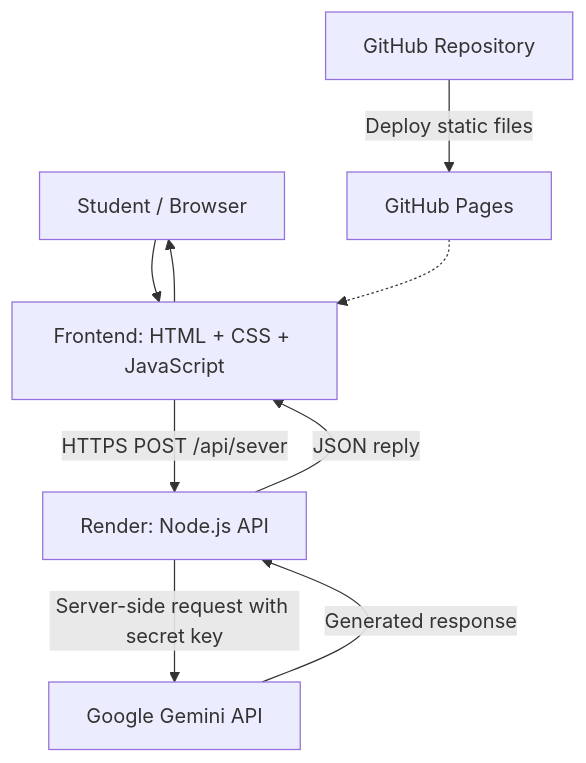
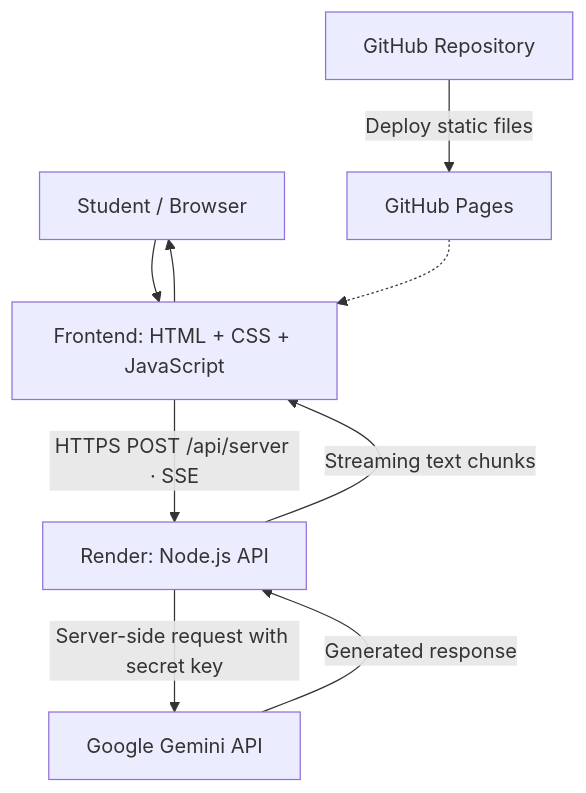
Before and after one commit to HuyenDev0906/ChatBotCanva1: the diagram in README.md, drawn with Mermaid. The commit also changed other lines of this file and 4 other files, not shown here.

````diff
--- a/README.md
+++ b/README.md
@@ -57,11 +57,11 @@
 ```mermaid
 flowchart TD
     U[Student / Browser] --> F[Frontend: HTML + CSS + JavaScript]
-    F -->|HTTPS POST /api/sever| B[Render: Node.js API]
+    F -->|HTTPS POST /api/server · SSE| B[Render: Node.js API]
     B -->|Server-side request with secret key| G[Google Gemini API]
     G -->|Generated response| B
-    B -->|JSON reply| F
+    B -->|Streaming text chunks| F
     F --> U
     GH[GitHub Repository] -->|Deploy static files| P[GitHub Pages]
     P -.-> F
 ```
````
